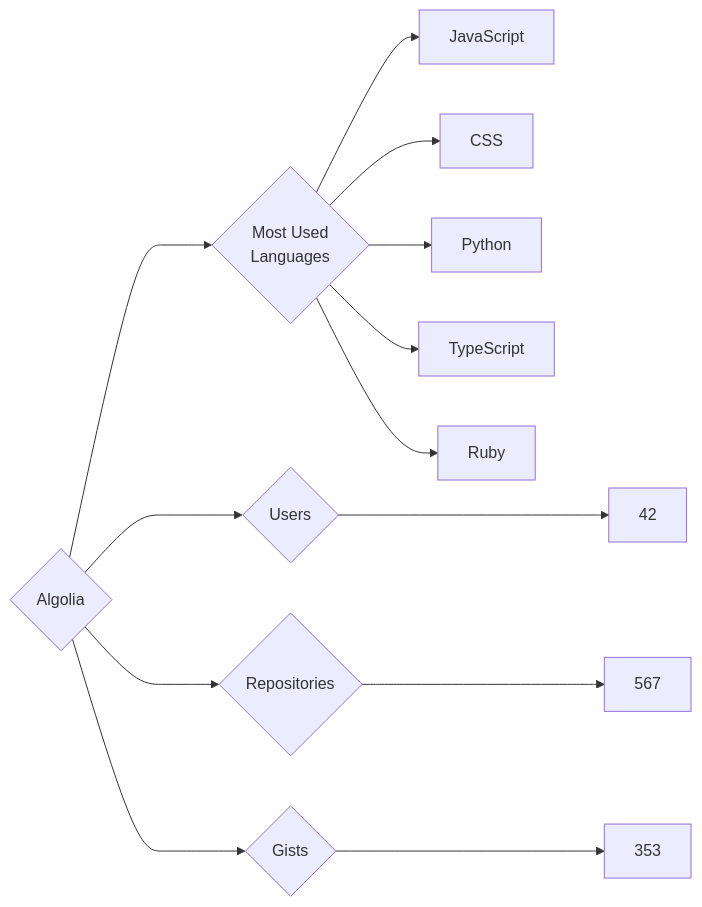
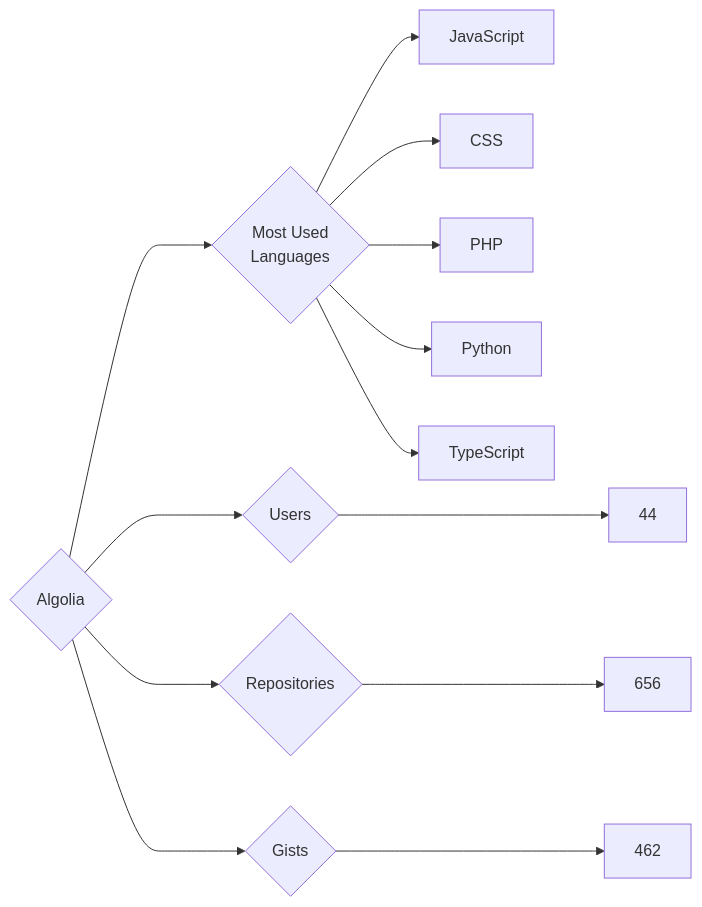
Before and after one commit to trickest/insiders: the diagram in targets/Algolia/README.md, drawn with Mermaid. The commit also changed 773 other files, not shown here.

````diff
--- a/targets/Algolia/README.md
+++ b/targets/Algolia/README.md
@@ -3,13 +3,13 @@
 ```mermaid
 graph LR
 COMPANY_NAME{Algolia}
-COMPANY_NAME ---> U{Users} ---> UN[42]
-COMPANY_NAME ---> R{Repositories} ---> RN[567]
-COMPANY_NAME ---> G{Gists} ---> GN[353]
+COMPANY_NAME ---> U{Users} ---> UN[44]
+COMPANY_NAME ---> R{Repositories} ---> RN[656]
+COMPANY_NAME ---> G{Gists} ---> GN[462]
 COMPANY_NAME ---> ML{Most Used<br>Languages}
 ML --> JavaScript[JavaScript]
 ML --> CSS[CSS]
+ML --> PHP[PHP]
 ML --> Python[Python]
 ML --> TypeScript[TypeScript]
-ML --> Ruby[Ruby]
 ```
````
